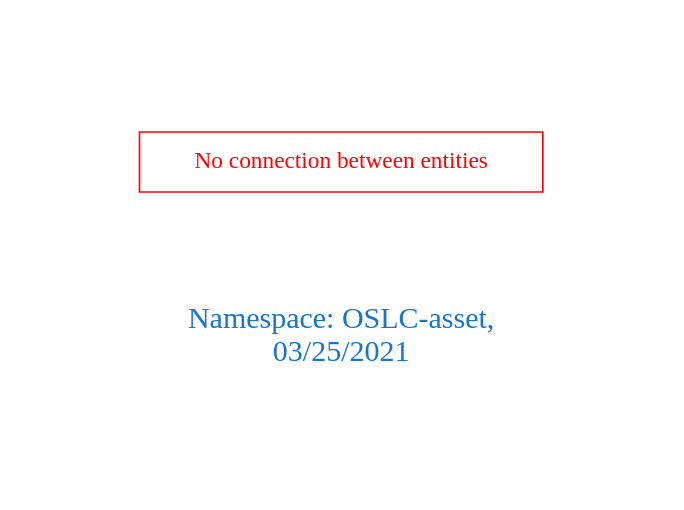
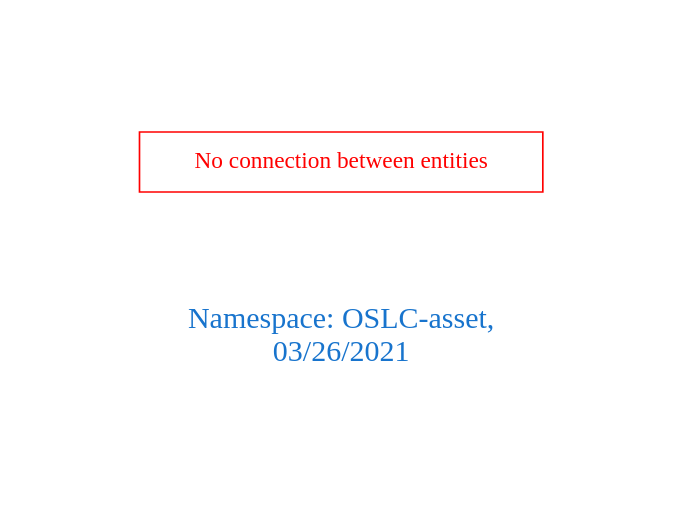
Before and after one commit to arago/OGIT: the diagram in downloads/OSLC-asset.dot, drawn with Graphviz. The commit also changed 1848 other files, not shown here.

```diff
--- a/downloads/OSLC-asset.dot
+++ b/downloads/OSLC-asset.dot
@@ -1,9 +1,9 @@
 digraph OGIT_ontology {
  graph [ rankdir= LR,pad=1 
 fontsize = 18,
-fontcolor= dodgerblue3,label = "\n\n\nNamespace: OSLC-asset, \n 03/25/2021"];
+fontcolor= dodgerblue3,label = "\n\n\nNamespace: OSLC-asset, \n 03/26/2021"];
 node[shape=polygon];
 edge [  color="gray81"];
 
 "No connection between entities" [fontcolor = "red",color="red", shape="polygon"]
 }
```
